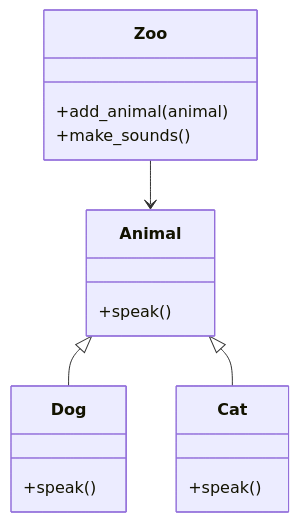
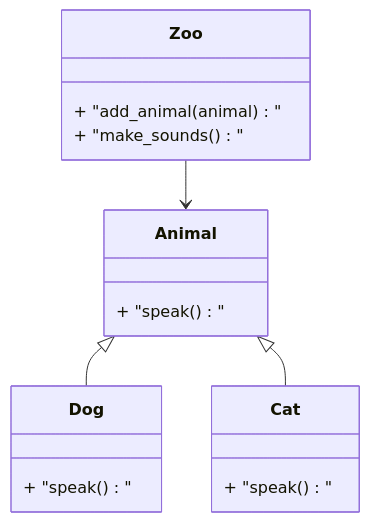
Before and after one commit to 42jerrykim/42jerrykim.github.io: the ninth of 15 diagrams in content/post/2024/2024-11-08-python-oop/index.md, drawn with Mermaid. The commit also changed other lines of this file and 239 other files, not shown here.

````diff
--- a/content/post/2024/2024-11-08-python-oop/index.md
+++ b/content/post/2024/2024-11-08-python-oop/index.md
@@ -646,19 +692,19 @@
 ```mermaid
 classDiagram
     class Animal {
-        +speak()
+        + "speak()"
     }
     class Dog {
-        +speak()
+        + "speak()"
     }
     class Cat {
-        +speak()
+        + "speak()"
     }
     class Zoo {
-        +add_animal(animal)
-        +make_sounds()
+        + "add_animal(animal)"
+        + "make_sounds()"
     }
     Animal <|-- Dog
     Animal <|-- Cat
     Zoo --> Animal
 ```
````
